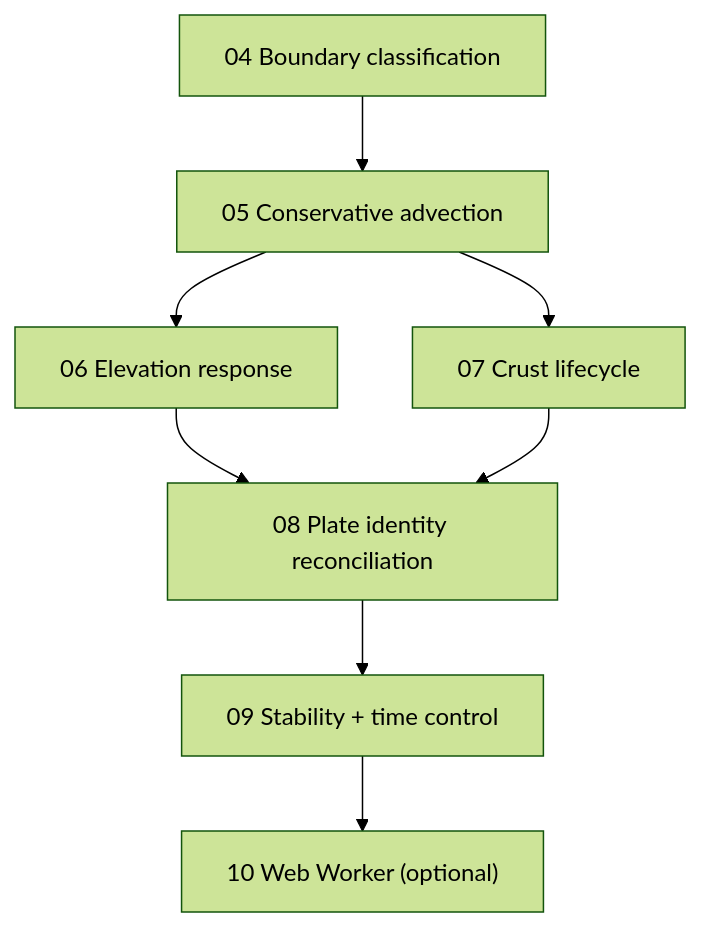
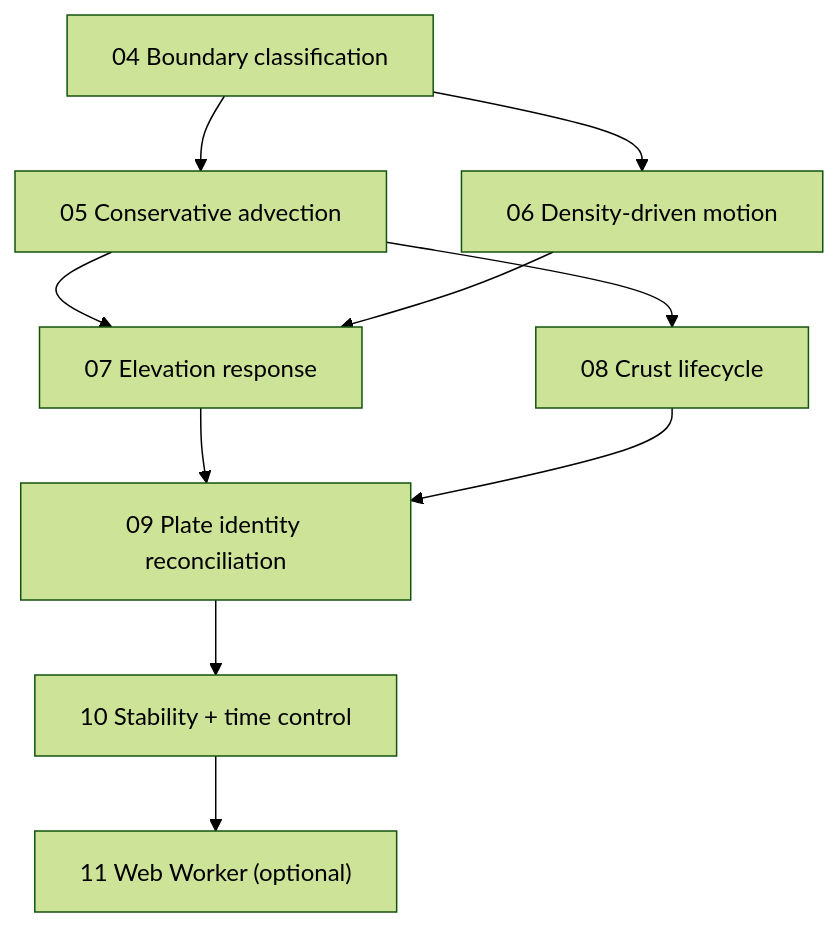
Before and after one commit to vshleifman/tectonics: the diagram in todo/00-overview.md, drawn with Mermaid (forest theme). The commit also changed other lines of this file and 7 other files, not shown here.

````diff
--- a/todo/00-overview.md
+++ b/todo/00-overview.md
@@ -51,10 +51,12 @@
 ```mermaid
 flowchart TD
   t04["04 Boundary classification"] --> t05["05 Conservative advection"]
-  t05 --> t06["06 Elevation response"]
-  t05 --> t07["07 Crust lifecycle"]
-  t06 --> t08["08 Plate identity reconciliation"]
-  t07 --> t08
-  t08 --> t09["09 Stability + time control"]
-  t09 --> t10["10 Web Worker (optional)"]
+  t04 --> t06["06 Density-driven motion"]
+  t05 --> t07["07 Elevation response"]
+  t06 --> t07
+  t05 --> t08["08 Crust lifecycle"]
+  t07 --> t09["09 Plate identity reconciliation"]
+  t08 --> t09
+  t09 --> t10["10 Stability + time control"]
+  t10 --> t11["11 Web Worker (optional)"]
 ```
````
